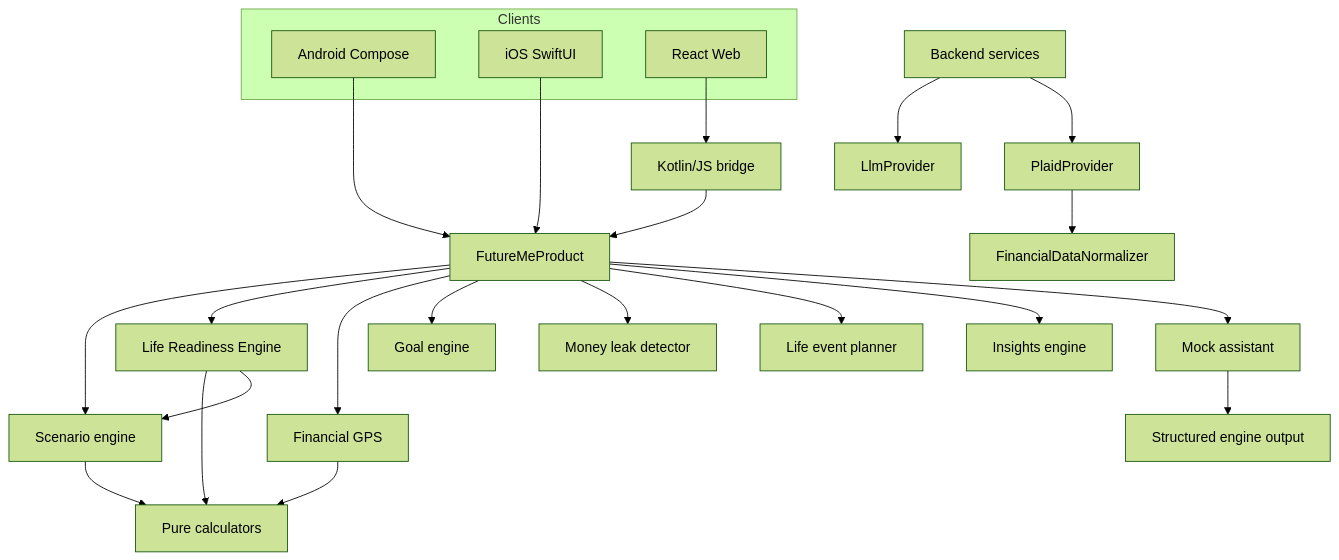
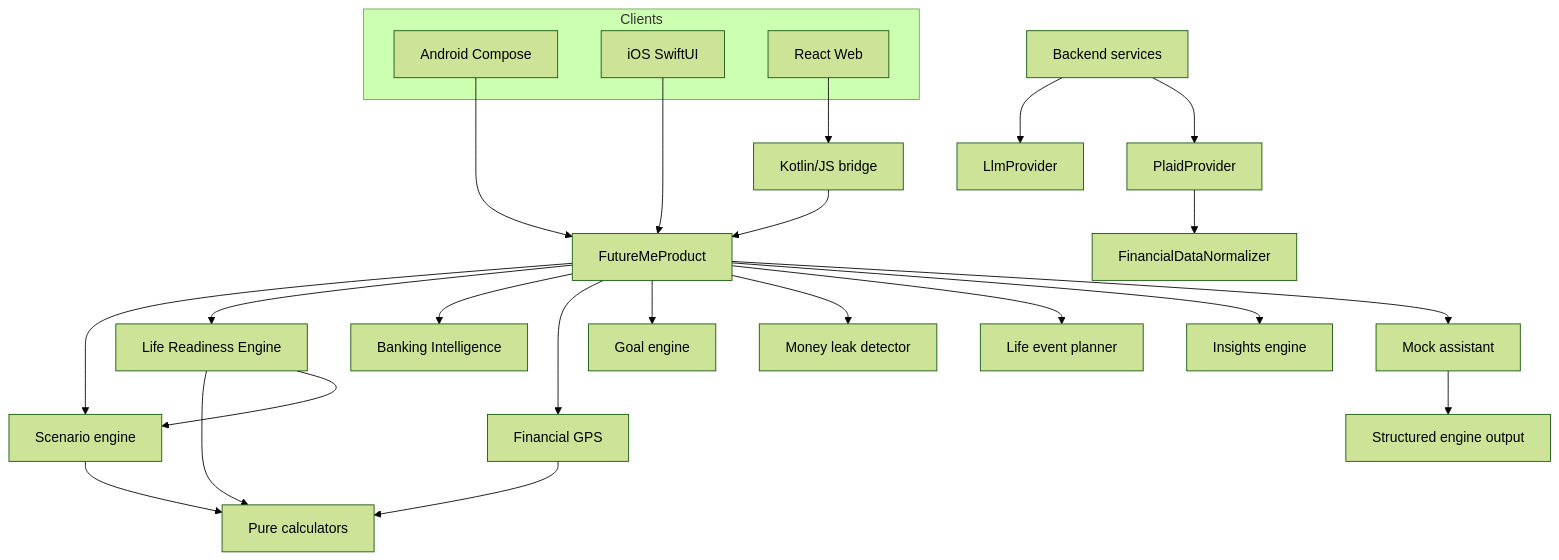
One commit to sagrawal2418/futureme-financial-ai changed the diagram in docs/architecture.md. Above: the diagram before and after it, drawn with Mermaid (forest theme). The commit also changed other lines of this file and 29 other files, not shown here.

Commit message:
Add banking intelligence platform (#4)

````diff
--- a/docs/architecture.md
+++ b/docs/architecture.md
@@ -31,31 +32,32 @@
 ```mermaid
 flowchart TB
     subgraph Clients
         A["Android Compose"]
         I["iOS SwiftUI"]
         W["React Web"]
     end
 
     A --> P["FutureMeProduct"]
     I --> P
     W --> J["Kotlin/JS bridge"] --> P
 
     P --> S["Scenario engine"]
     P --> R["Life Readiness Engine"]
+    P --> BI["Banking Intelligence"]
     P --> G["Financial GPS"]
     P --> GO["Goal engine"]
     P --> M["Money leak detector"]
     P --> L["Life event planner"]
     P --> IN["Insights engine"]
     P --> AI["Mock assistant"]
 
     S --> C["Pure calculators"]
     R --> C
     R --> S
     G --> C
     AI --> OUT["Structured engine output"]
 
     B["Backend services"] --> LP["LlmProvider"]
     B --> PP["PlaidProvider"]
     PP --> N["FinancialDataNormalizer"]
 ```
````
